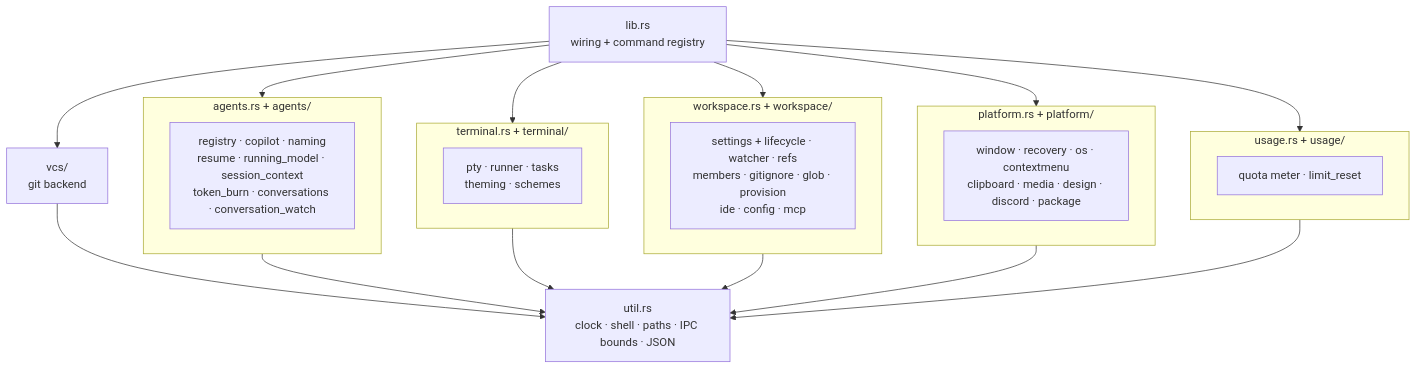
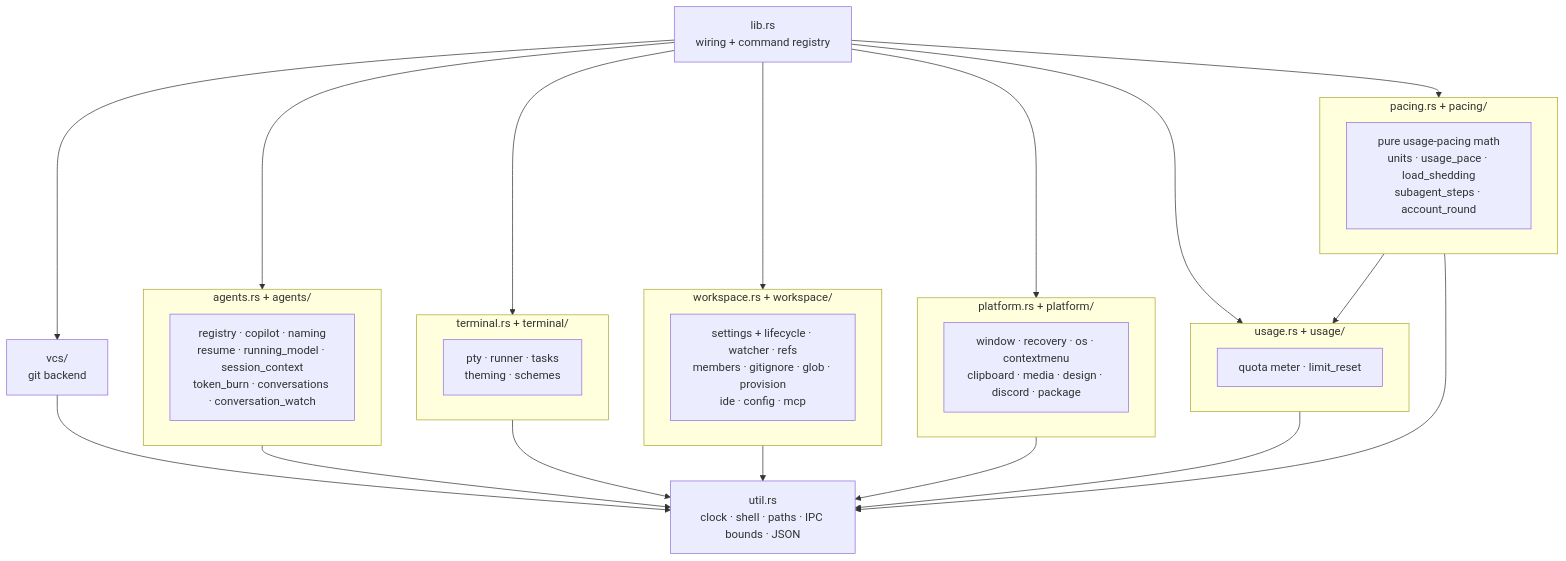
Before and after one commit to avi12/pade: diagram 14 of 15 in ARCHITECTURE.md, drawn with Mermaid. The commit also changed other lines of this file, not shown here.

First line of the commit message:
docs: add the pacing module to the architecture map

````diff
--- a/ARCHITECTURE.md
+++ b/ARCHITECTURE.md
@@ -1251,23 +1251,27 @@
 ```mermaid
 flowchart TB
   Lib["lib.rs<br/>wiring + command registry"]
   subgraph Agents["agents.rs + agents/"]
     A1["registry · copilot · naming<br/>resume · running_model · session_context<br/>token_burn · conversations · conversation_watch"]
   end
   subgraph Terminal["terminal.rs + terminal/"]
     T1["pty · runner · tasks<br/>theming · schemes"]
   end
   subgraph Workspace["workspace.rs + workspace/"]
     W1["settings + lifecycle · watcher · refs<br/>members · gitignore · glob · provision<br/>ide · config · mcp"]
   end
   subgraph Platform["platform.rs + platform/"]
     P1["window · recovery · os · contextmenu<br/>clipboard · media · design · discord · package"]
   end
   subgraph Usage["usage.rs + usage/"]
     U1["quota meter · limit_reset"]
   end
+  subgraph Pacing["pacing.rs + pacing/"]
+    Pc1["pure usage-pacing math<br/>units · usage_pace · load_shedding<br/>subagent_steps · account_round"]
+  end
   Vcs["vcs/<br/>git backend"]
   Util["util.rs<br/>clock · shell · paths · IPC bounds · JSON"]
-  Lib --> Agents & Terminal & Workspace & Platform & Usage & Vcs
-  Agents & Terminal & Workspace & Platform & Usage & Vcs --> Util
+  Lib --> Agents & Terminal & Workspace & Platform & Usage & Pacing & Vcs
+  Pacing --> Usage
+  Agents & Terminal & Workspace & Platform & Usage & Pacing & Vcs --> Util
 ```
````
